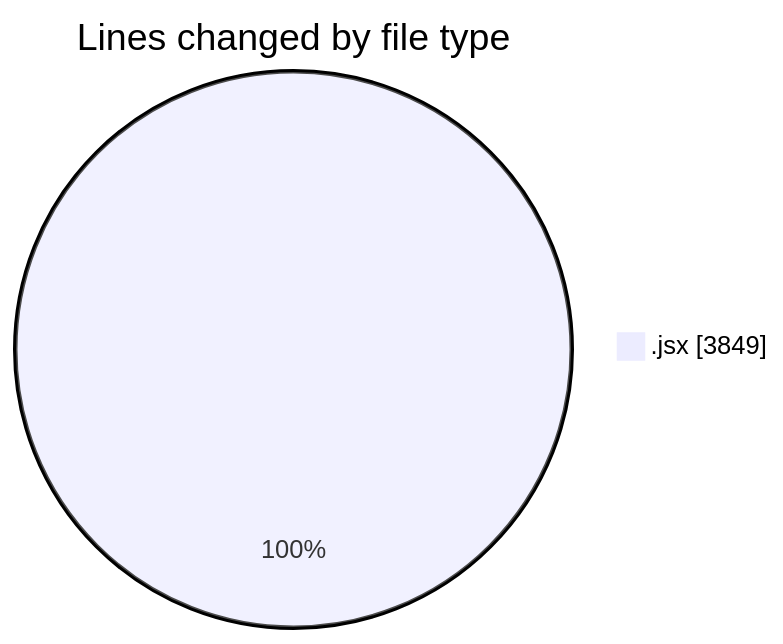
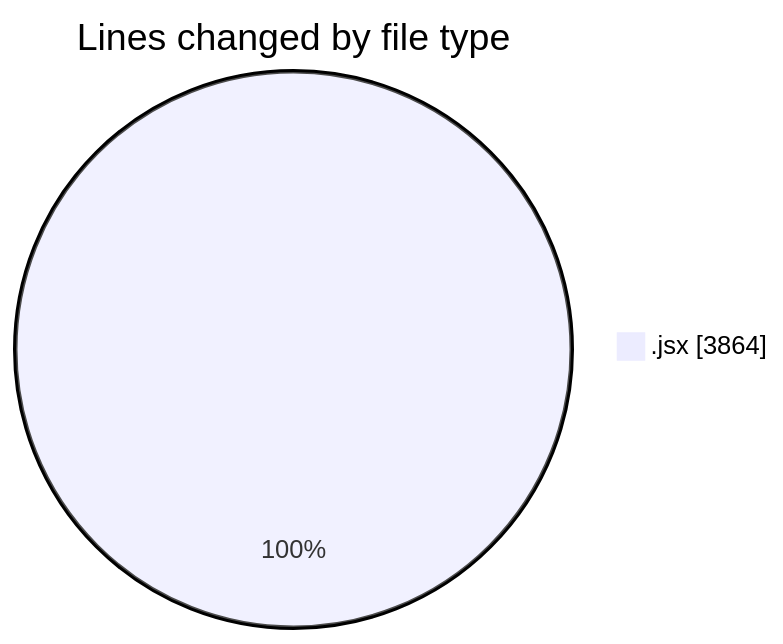
Before and after one commit to nxtqubesakshisongat/code-tracking: the first of 2 diagrams in 2025-11-18/nxtqube_webapp/README.md, drawn with Mermaid. The commit also changed other lines of this file and 1 other file, not shown here.

````diff
--- a/2025-11-18/nxtqube_webapp/README.md
+++ b/2025-11-18/nxtqube_webapp/README.md
@@ -23,5 +23,5 @@
 ```mermaid
 pie showData
 title Lines changed by file type
-".jsx" : 3849
+".jsx" : 3864
 ```
````
